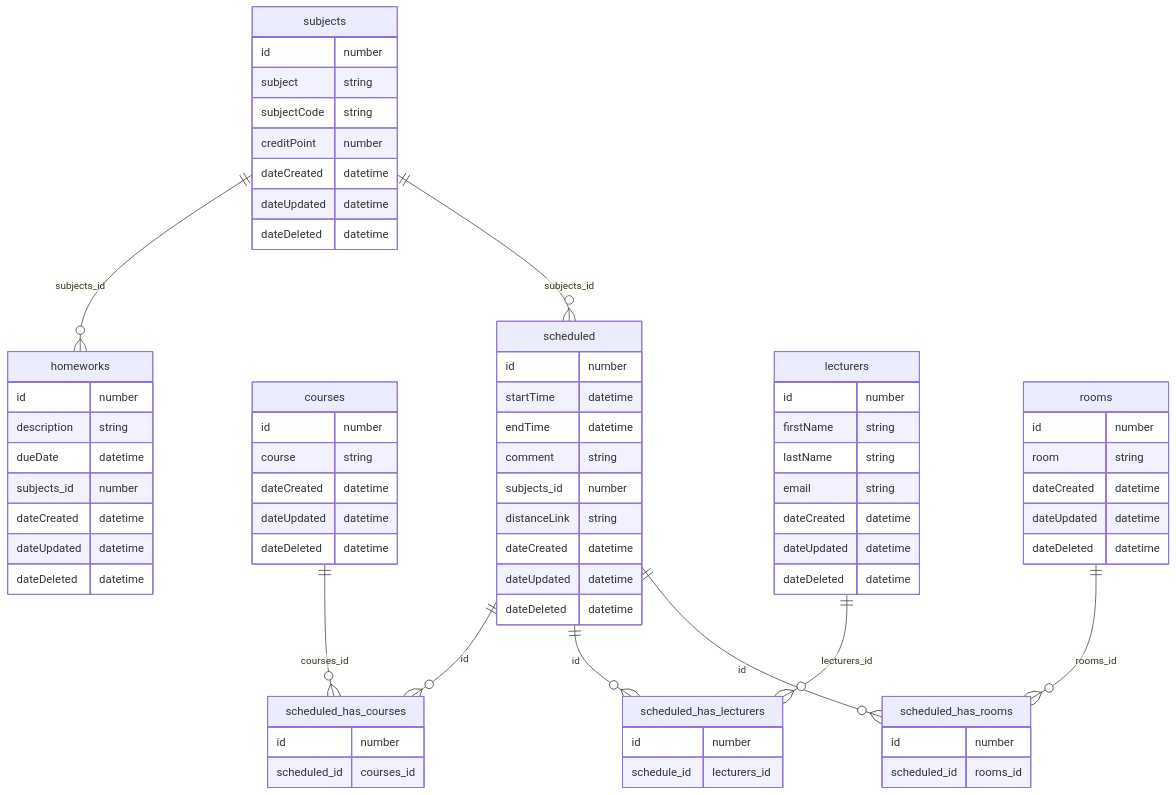
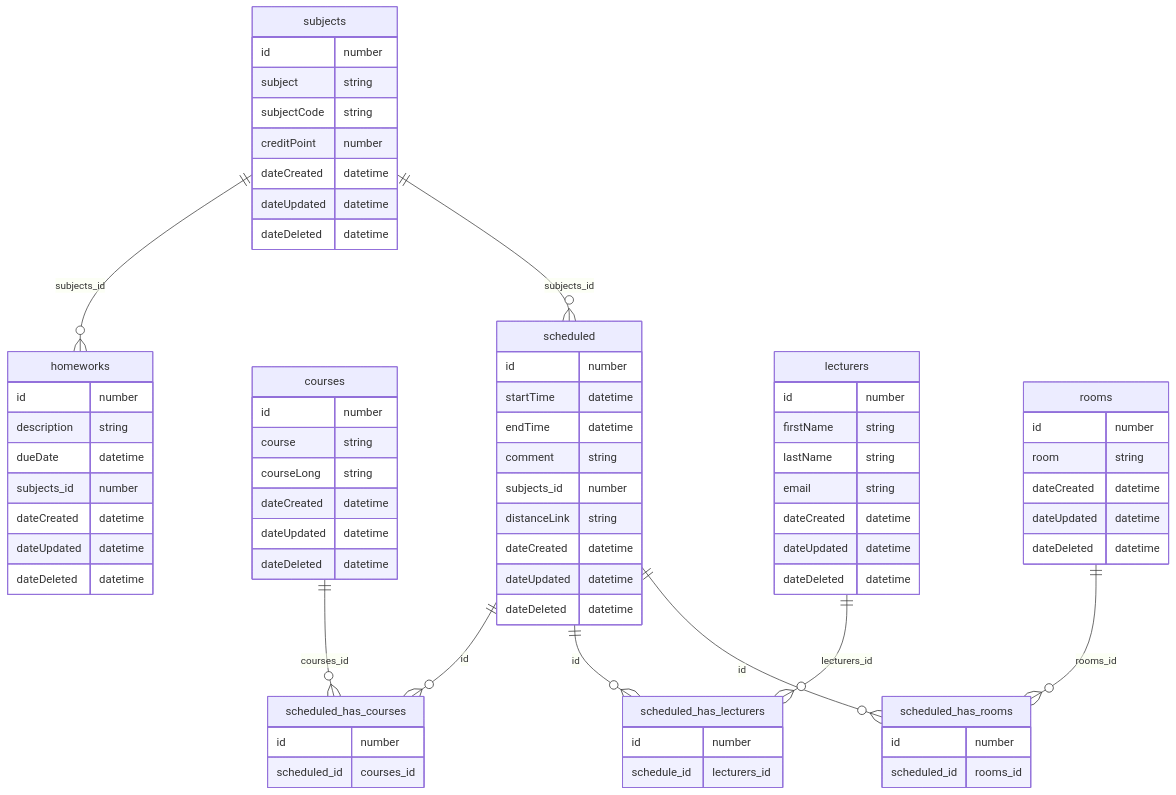
The diagram in api-docs/readme.md (veelkord/Valikpraktika), drawn with Mermaid before and after one commit.

```diff
--- a/api-docs/readme.md
+++ b/api-docs/readme.md
@@ -21,6 +21,7 @@
     courses {
         id number
         course string
+        courseLong string
         dateCreated datetime
         dateUpdated datetime
         dateDeleted datetime
```
